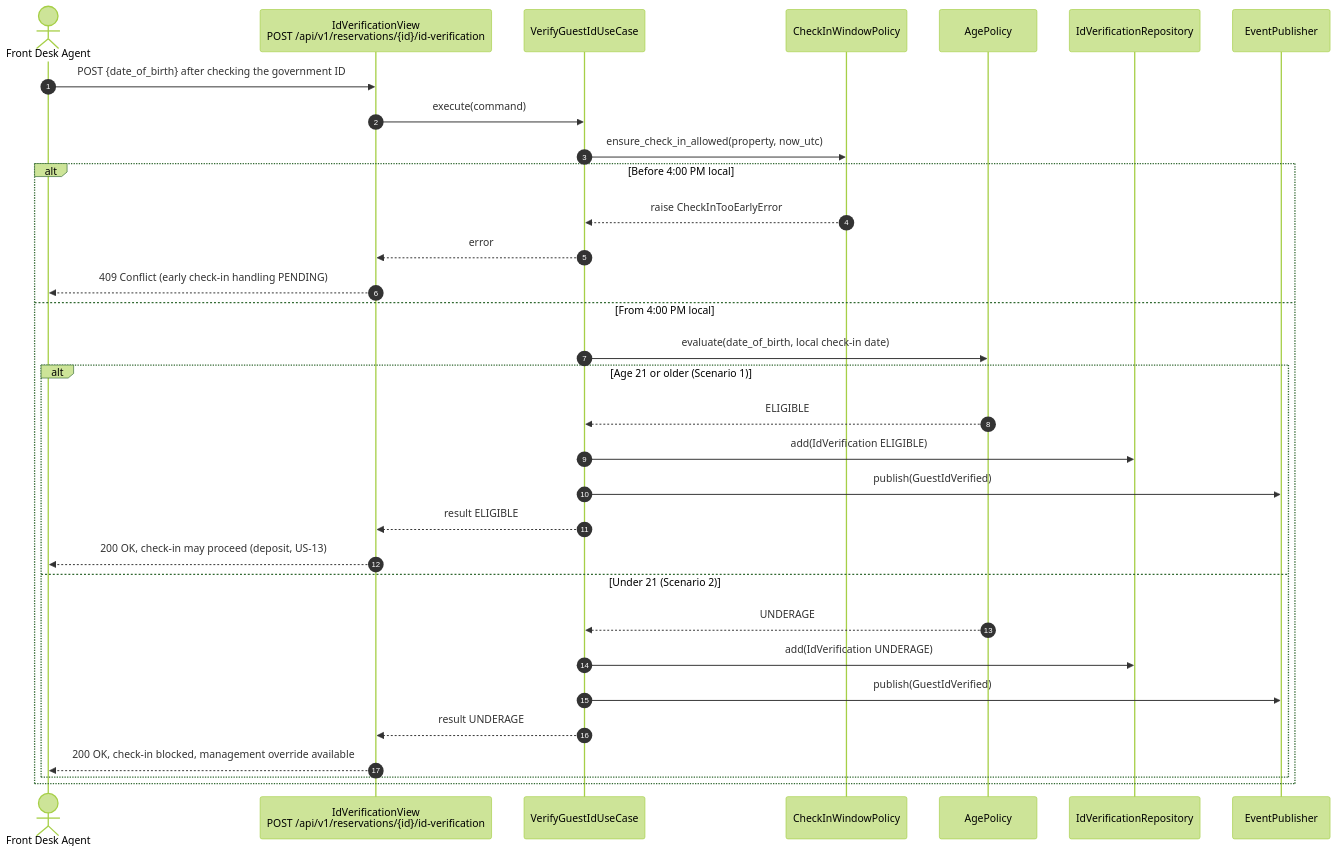
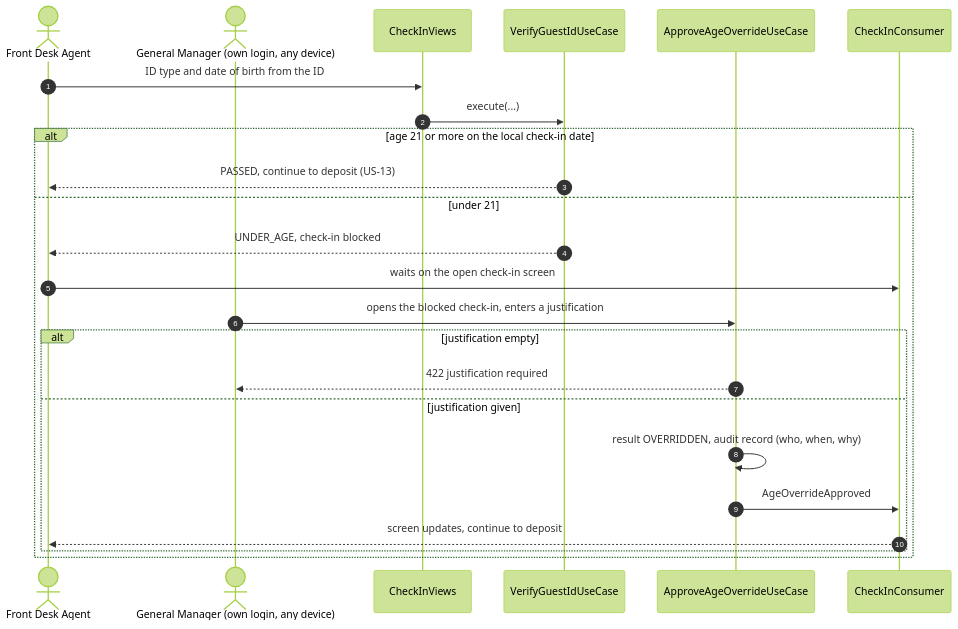
One commit to BraceroInSabot/Motel-Starmie changed the third of 4 diagrams in docs/Initial Requirements/Diagrams/US-12 - Check-in with Age Verification.md. Above: the diagram before and after it, drawn with Mermaid (forest theme). The commit also changed other lines of this file and 51 other files, not shown here.

````diff
--- a/docs/Initial Requirements/Diagrams/US-12 - Check-in with Age Verification.md
+++ b/docs/Initial Requirements/Diagrams/US-12 - Check-in with Age Verification.md
@@ -216,35 +190,27 @@
 ```mermaid
 sequenceDiagram
     autonumber
-    actor Agent as Front Desk Agent
-    participant View as IdVerificationView<br/>POST /api/v1/reservations/{id}/id-verification
-    participant UC as VerifyGuestIdUseCase
-    participant Win as CheckInWindowPolicy
-    participant Age as AgePolicy
-    participant Repo as IdVerificationRepository
-    participant Bus as EventPublisher
+    actor FDA as Front Desk Agent
+    actor GM as General Manager (own login, any device)
+    participant Desk as CheckInViews
+    participant Verify as VerifyGuestIdUseCase
+    participant Override as ApproveAgeOverrideUseCase
+    participant WS as CheckInConsumer
 
-    Agent->>View: POST {date_of_birth} after checking the government ID
-    View->>UC: execute(command)
-    UC->>Win: ensure_check_in_allowed(property, now_utc)
-    alt Before 4:00 PM local
-        Win-->>UC: raise CheckInTooEarlyError
-        UC-->>View: error
-        View-->>Agent: 409 Conflict (early check-in handling PENDING)
-    else From 4:00 PM local
-        UC->>Age: evaluate(date_of_birth, local check-in date)
-        alt Age 21 or older (Scenario 1)
-            Age-->>UC: ELIGIBLE
-            UC->>Repo: add(IdVerification ELIGIBLE)
-            UC->>Bus: publish(GuestIdVerified)
-            UC-->>View: result ELIGIBLE
-            View-->>Agent: 200 OK, check-in may proceed (deposit, US-13)
-        else Under 21 (Scenario 2)
-            Age-->>UC: UNDERAGE
-            UC->>Repo: add(IdVerification UNDERAGE)
-            UC->>Bus: publish(GuestIdVerified)
-            UC-->>View: result UNDERAGE
-            View-->>Agent: 200 OK, check-in blocked, management override available
+    FDA->>Desk: ID type and date of birth from the ID
+    Desk->>Verify: execute(...)
+    alt age 21 or more on the local check-in date
+        Verify-->>FDA: PASSED, continue to deposit (US-13)
+    else under 21
+        Verify-->>FDA: UNDER_AGE, check-in blocked
+        FDA->>WS: waits on the open check-in screen
+        GM->>Override: opens the blocked check-in, enters a justification
+        alt justification empty
+            Override-->>GM: 422 justification required
+        else justification given
+            Override->>Override: result OVERRIDDEN, audit record (who, when, why)
+            Override->>WS: AgeOverrideApproved
+            WS-->>FDA: screen updates, continue to deposit
         end
     end
 ```
````
